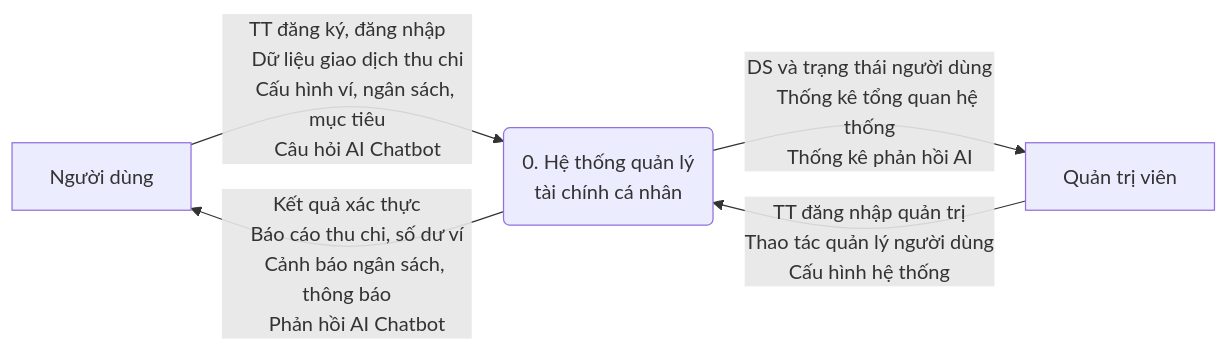
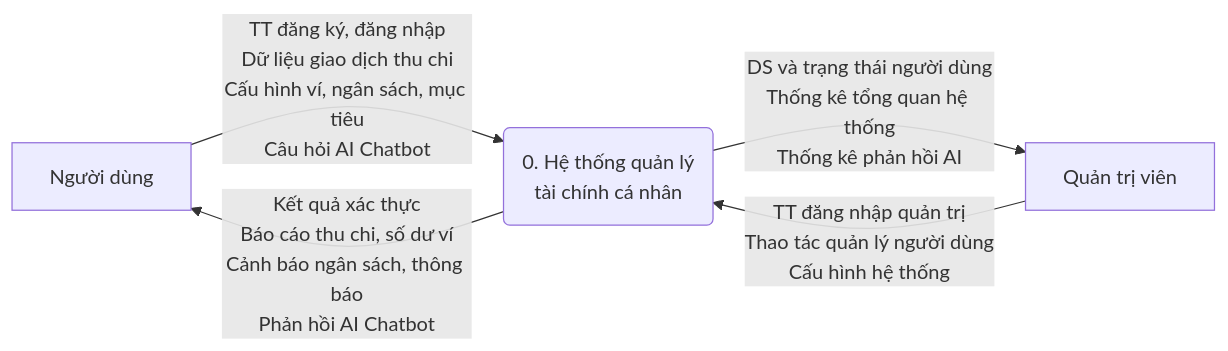
One commit to Hieu-vn/Graduation-Thesis changed the first of 10 diagrams in DFD_Diagrams.md. Above: the diagram before and after it, drawn with Mermaid. The commit also changed other lines of this file, not shown here.

Commit message:
docs: Update Data Flow Diagram (DFD) documentation.

````diff
--- a/DFD_Diagrams.md
+++ b/DFD_Diagrams.md
@@ -24,25 +24,14 @@
 ```mermaid
 flowchart LR
     ND["Người dùng"]
-    P0("0. Hệ thống quản lý
-    tài chính cá nhân")
+    P0("0. Hệ thống quản lý<br/>tài chính cá nhân")
     QT["Quản trị viên"]
 
-    ND -->|"TT đăng ký, đăng nhập
-    Dữ liệu giao dịch thu chi
-    Cấu hình ví, ngân sách, mục tiêu
-    Câu hỏi AI Chatbot"| P0
+    ND -->|"TT đăng ký, đăng nhập<br/>Dữ liệu giao dịch thu chi<br/>Cấu hình ví, ngân sách, mục tiêu<br/>Câu hỏi AI Chatbot"| P0
 
-    P0 -->|"Kết quả xác thực
-    Báo cáo thu chi, số dư ví
-    Cảnh báo ngân sách, thông báo
-    Phản hồi AI Chatbot"| ND
+    P0 -->|"Kết quả xác thực<br/>Báo cáo thu chi, số dư ví<br/>Cảnh báo ngân sách, thông báo<br/>Phản hồi AI Chatbot"| ND
 
-    QT -->|"TT đăng nhập quản trị
-    Thao tác quản lý người dùng
-    Cấu hình hệ thống"| P0
+    QT -->|"TT đăng nhập quản trị<br/>Thao tác quản lý người dùng<br/>Cấu hình hệ thống"| P0
 
-    P0 -->|"DS và trạng thái người dùng
-    Thống kê tổng quan hệ thống
-    Thống kê phản hồi AI"| QT
+    P0 -->|"DS và trạng thái người dùng<br/>Thống kê tổng quan hệ thống<br/>Thống kê phản hồi AI"| QT
 ```
````
